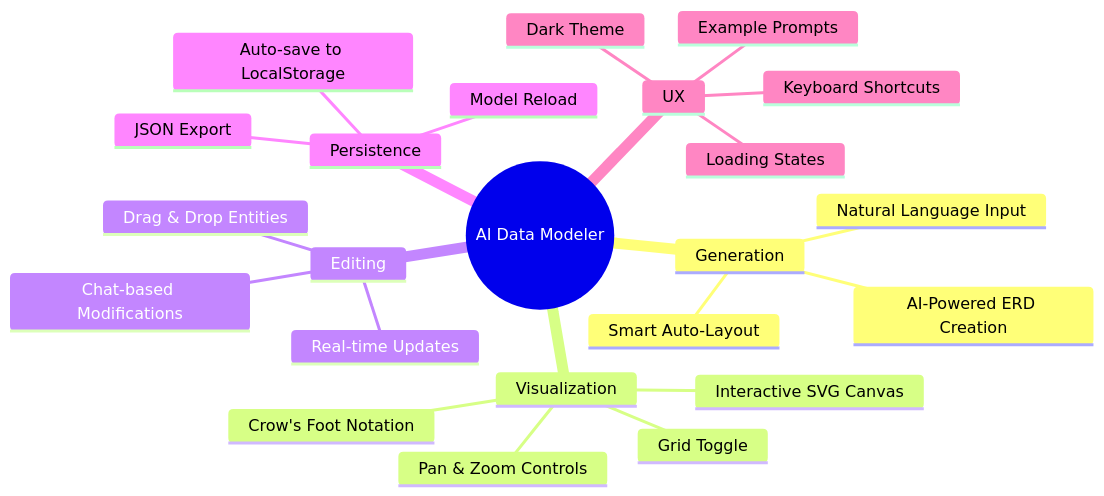
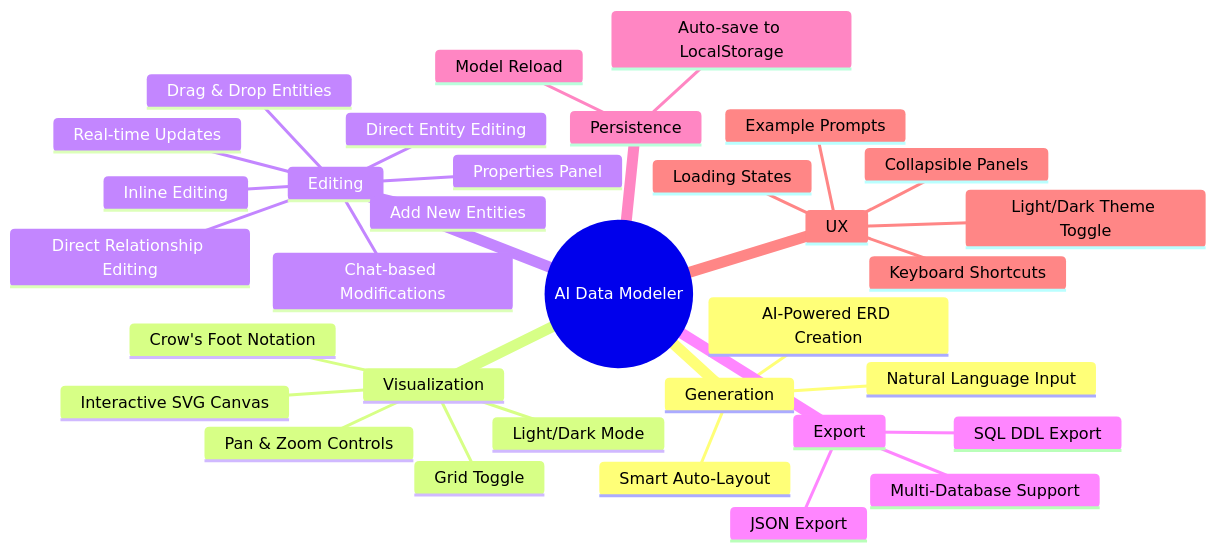
One commit to pandeyraunak007/ai-data-modeler changed the tenth of 15 diagrams in Guide.md. Above: the diagram before and after it, drawn with Mermaid. The commit also changed other lines of this file and 1 other file, not shown here.

````diff
--- a/Guide.md
+++ b/Guide.md
@@ -328,26 +352,36 @@
 ```mermaid
 mindmap
     root((AI Data Modeler))
         Generation
             Natural Language Input
             AI-Powered ERD Creation
             Smart Auto-Layout
         Visualization
             Interactive SVG Canvas
             Crow's Foot Notation
             Pan & Zoom Controls
             Grid Toggle
+            Light/Dark Mode
         Editing
             Drag & Drop Entities
             Chat-based Modifications
+            Direct Entity Editing
+            Direct Relationship Editing
+            Properties Panel
+            Inline Editing
+            Add New Entities
             Real-time Updates
+        Export
+            JSON Export
+            SQL DDL Export
+            Multi-Database Support
         Persistence
             Auto-save to LocalStorage
-            JSON Export
             Model Reload
         UX
-            Dark Theme
+            Light/Dark Theme Toggle
             Keyboard Shortcuts
             Example Prompts
             Loading States
+            Collapsible Panels
 ```
````
